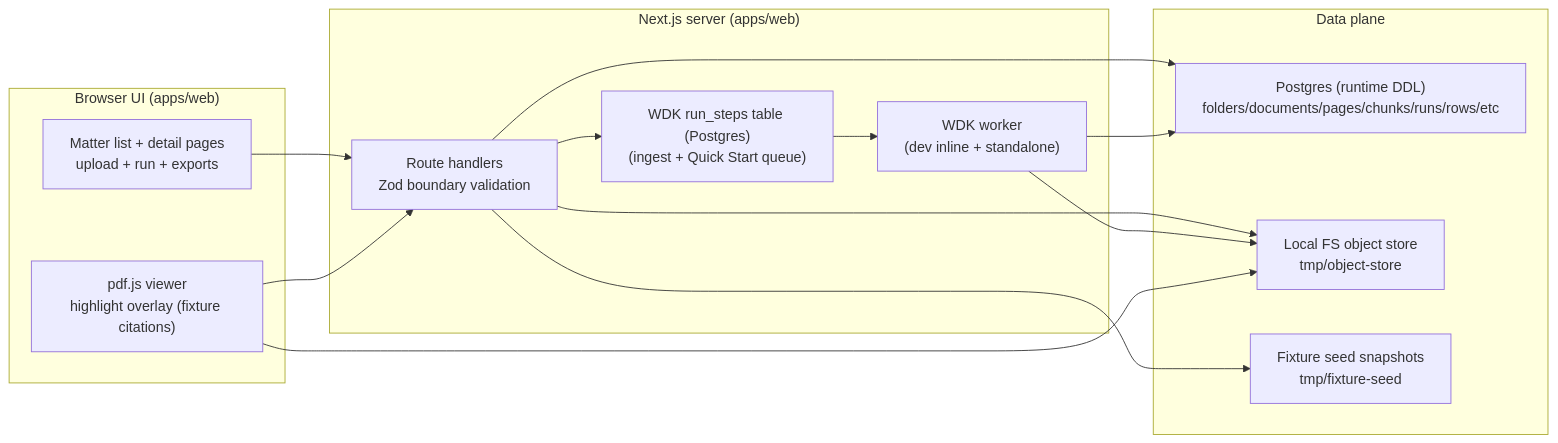
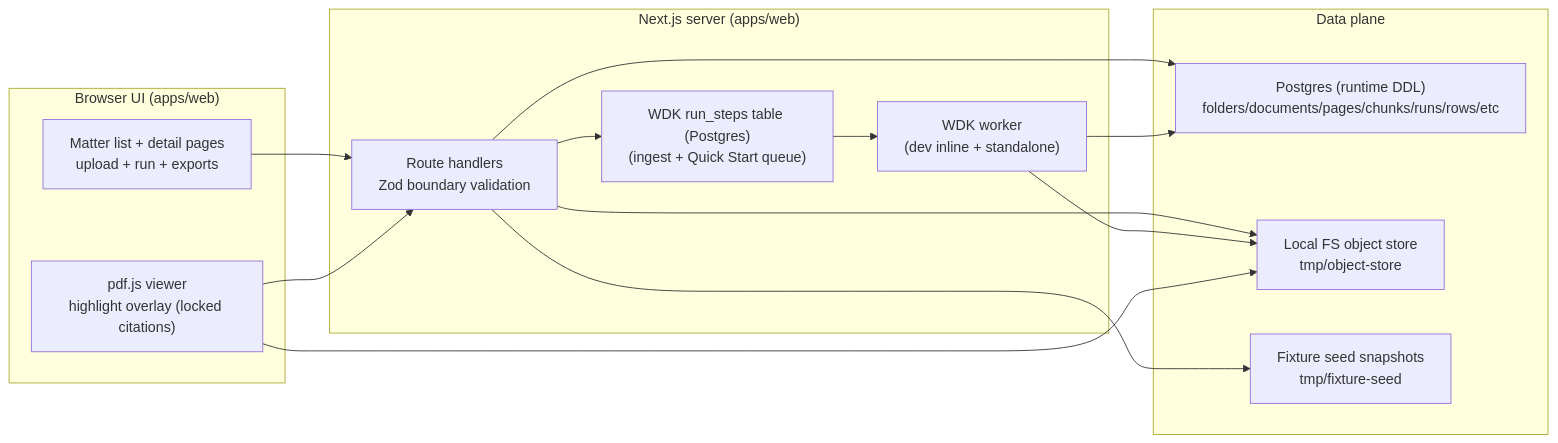
The diagram in docs/03-architecture/07_current_poc_runtime.md (marchatton/legaltech-poc), drawn with Mermaid before and after one commit. The commit also changed other lines of this file and 165 other files, not shown here.

````diff
--- a/docs/03-architecture/07_current_poc_runtime.md
+++ b/docs/03-architecture/07_current_poc_runtime.md
@@ -22,38 +23,38 @@
 ```mermaid
 flowchart LR
   subgraph FE["Browser UI (apps/web)"]
     UI["Matter list + detail pages
 upload + run + exports"]
     PDFV["pdf.js viewer
-highlight overlay (fixture citations)"]
+highlight overlay (locked citations)"]
   end
 
   subgraph WEB["Next.js server (apps/web)"]
     API["Route handlers
 Zod boundary validation"]
     WDKQ["WDK run_steps table (Postgres)
 (ingest + Quick Start queue)"]
     WDKWKR["WDK worker
 (dev inline + standalone)"]
   end
 
   subgraph DATA["Data plane"]
     PG["Postgres (runtime DDL)
 folders/documents/pages/chunks/runs/rows/etc"]
     FS["Local FS object store
 tmp/object-store"]
     SEED["Fixture seed snapshots
 tmp/fixture-seed"]
   end
 
   UI --> API
   API --> PG
   API --> FS
   API --> WDKQ
   WDKQ --> WDKWKR
   WDKWKR --> PG
   WDKWKR --> FS
   API --> SEED
   PDFV --> API
   PDFV --> FS
 ```
````
